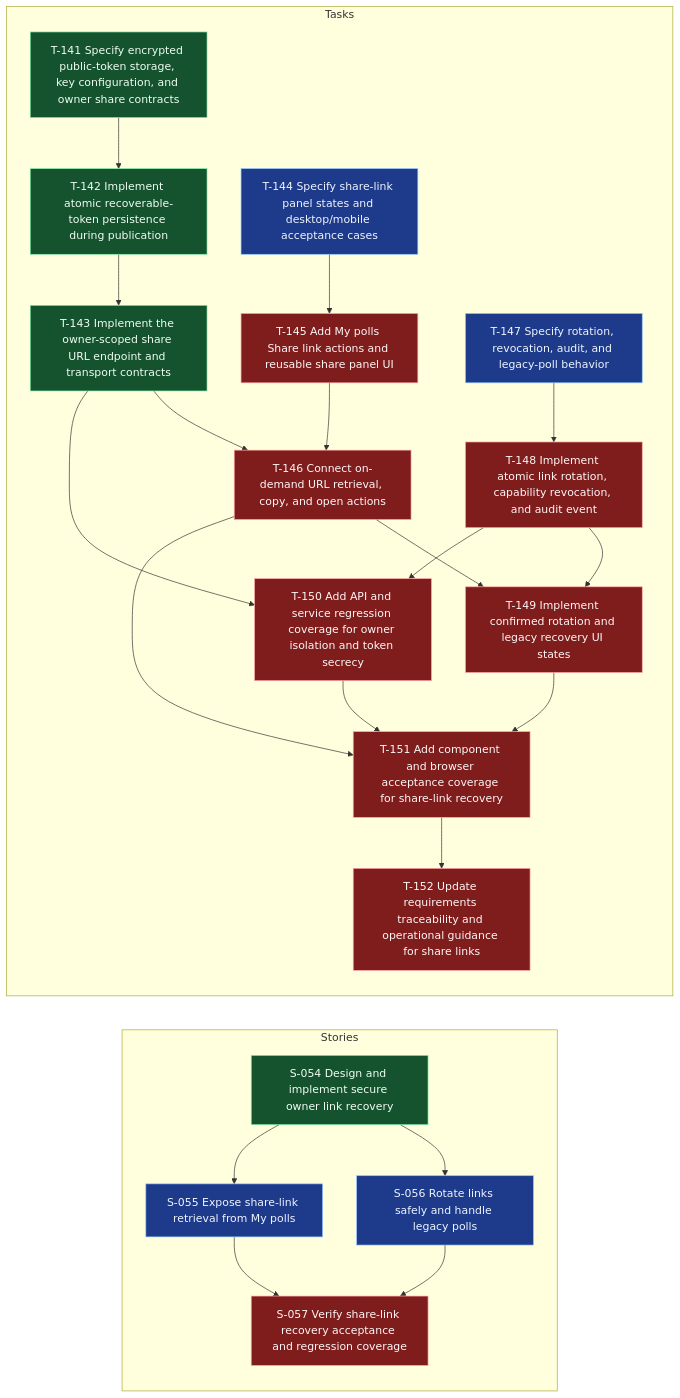
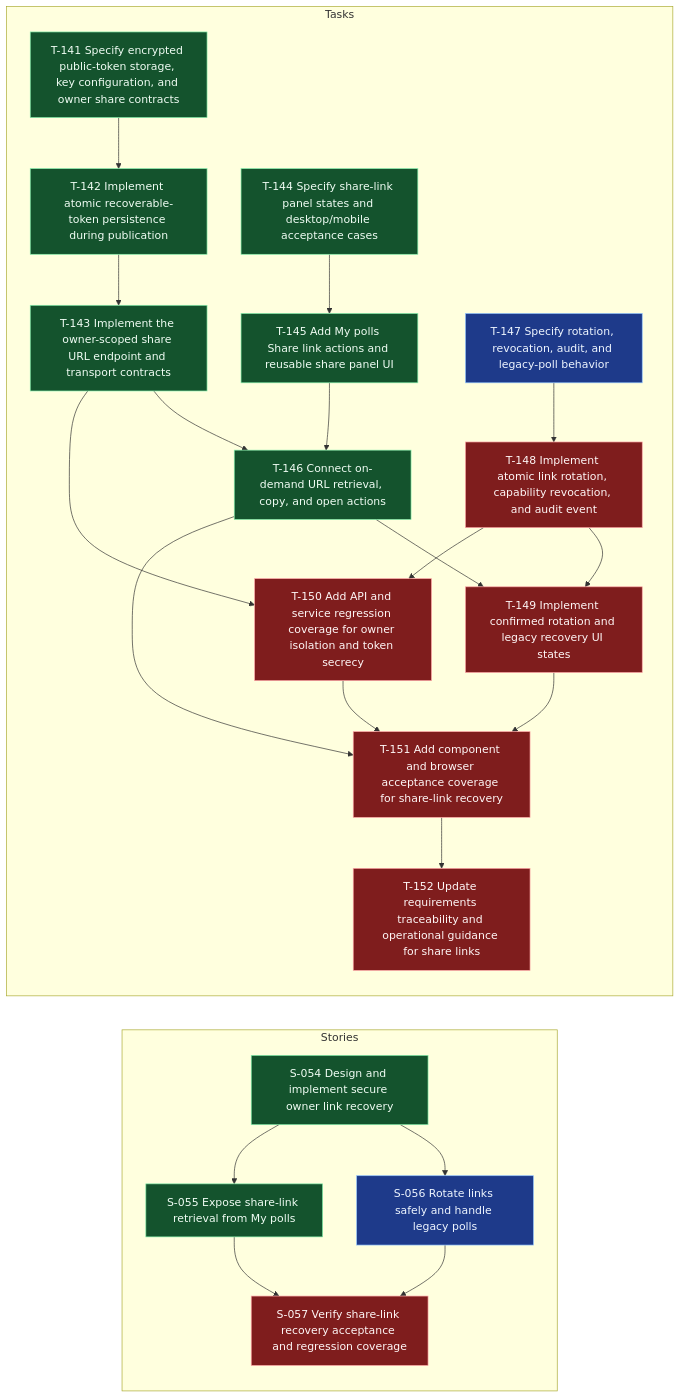
Before and after one commit to andybalham/invite-agent: the diagram in .worktracker/graphs/E-015.mmd, drawn with Mermaid. The commit also changed 14 other files, not shown here.

First line of the commit message:
feat: Implement share link functionality for polls

```diff
--- a/.worktracker/graphs/E-015.mmd
+++ b/.worktracker/graphs/E-015.mmd
@@ -1,60 +1,60 @@
 graph LR
   classDef done fill:#14532d,stroke:#86efac,color:#f0fdf4;
   classDef blocked fill:#7f1d1d,stroke:#fca5a5,color:#fff7f7;
   classDef inprogress fill:#78350f,stroke:#fbbf24,color:#fffbeb;
   classDef todo fill:#1e3a8a,stroke:#93c5fd,color:#eff6ff;
   classDef empty fill:#374151,stroke:#d1d5db,color:#f9fafb,stroke-dasharray: 3 3;
   subgraph Stories
     S054["S-054 Design and implement secure owner link recovery"]:::done
-    S055["S-055 Expose share-link retrieval from My polls"]:::todo
+    S055["S-055 Expose share-link retrieval from My polls"]:::done
     S056["S-056 Rotate links safely and handle legacy polls"]:::todo
     S057["S-057 Verify share-link recovery acceptance and regression coverage"]:::blocked
     S054 --> S055
     S054 --> S056
     S055 --> S057
     S056 --> S057
   end
   subgraph Tasks
     T141["T-141 Specify encrypted public-token storage, key configuration, and owner share contracts"]:::done
     T142["T-142 Implement atomic recoverable-token persistence during publication"]:::done
     T143["T-143 Implement the owner-scoped share URL endpoint and transport contracts"]:::done
-    T144["T-144 Specify share-link panel states and desktop/mobile acceptance cases"]:::todo
-    T145["T-145 Add My polls Share link actions and reusable share panel UI"]:::blocked
-    T146["T-146 Connect on-demand URL retrieval, copy, and open actions"]:::blocked
+    T144["T-144 Specify share-link panel states and desktop/mobile acceptance cases"]:::done
+    T145["T-145 Add My polls Share link actions and reusable share panel UI"]:::done
+    T146["T-146 Connect on-demand URL retrieval, copy, and open actions"]:::done
     T147["T-147 Specify rotation, revocation, audit, and legacy-poll behavior"]:::todo
     T148["T-148 Implement atomic link rotation, capability revocation, and audit event"]:::blocked
     T149["T-149 Implement confirmed rotation and legacy recovery UI states"]:::blocked
     T150["T-150 Add API and service regression coverage for owner isolation and token secrecy"]:::blocked
     T151["T-151 Add component and browser acceptance coverage for share-link recovery"]:::blocked
     T152["T-152 Update requirements traceability and operational guidance for share links"]:::blocked
     T141 --> T142
     T142 --> T143
     T143 --> T146
     T143 --> T150
     T144 --> T145
     T145 --> T146
     T146 --> T149
     T146 --> T151
     T147 --> T148
     T148 --> T149
     T148 --> T150
     T149 --> T151
     T150 --> T151
     T151 --> T152
   end
   click S054 "../entities/S-054-design-and-implement-secure-owner-link-recovery.md"
   click S055 "../entities/S-055-expose-share-link-retrieval-from-my-polls.md"
   click S056 "../entities/S-056-rotate-links-safely-and-handle-legacy-polls.md"
   click S057 "../entities/S-057-verify-share-link-recovery-acceptance-and-regression-coverage.md"
   click T141 "../entities/T-141-specify-encrypted-public-token-storage-key-configuration-and-owner-share-contracts.md"
   click T142 "../entities/T-142-implement-atomic-recoverable-token-persistence-during-publication.md"
   click T143 "../entities/T-143-implement-the-owner-scoped-share-url-endpoint-and-transport-contracts.md"
   click T144 "../entities/T-144-specify-share-link-panel-states-and-desktop-mobile-acceptance-cases.md"
   click T145 "../entities/T-145-add-my-polls-share-link-actions-and-reusable-share-panel-ui.md"
   click T146 "../entities/T-146-connect-on-demand-url-retrieval-copy-and-open-actions.md"
   click T147 "../entities/T-147-specify-rotation-revocation-audit-and-legacy-poll-behavior.md"
   click T148 "../entities/T-148-implement-atomic-link-rotation-capability-revocation-and-audit-event.md"
   click T149 "../entities/T-149-implement-confirmed-rotation-and-legacy-recovery-ui-states.md"
   click T150 "../entities/T-150-add-api-and-service-regression-coverage-for-owner-isolation-and-token-secrecy.md"
   click T151 "../entities/T-151-add-component-and-browser-acceptance-coverage-for-share-link-recovery.md"
   click T152 "../entities/T-152-update-requirements-traceability-and-operational-guidance-for-share-links.md"
```
